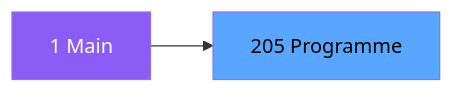
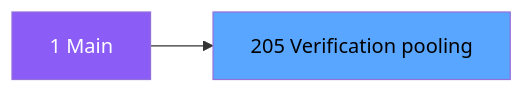
Before and after one commit to thonyAGP/magic-migration: the second of 3 diagrams in .openspec/specs/ADH-IDE-205.md, drawn with Mermaid. The commit also changed other lines of this file and 323 other files, not shown here.

````diff
--- a/.openspec/specs/ADH-IDE-205.md
+++ b/.openspec/specs/ADH-IDE-205.md
@@ -100,8 +114,8 @@
 ```mermaid
 graph LR
     M[1 Main]
-    T[205 Programme]
+    T[205 Verification pooling]
     M --> T
     style M fill:#8b5cf6,color:#fff
     style T fill:#58a6ff,color:#000
 ```
````
